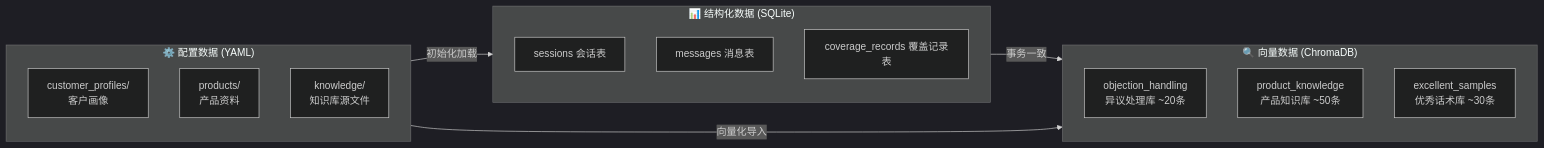
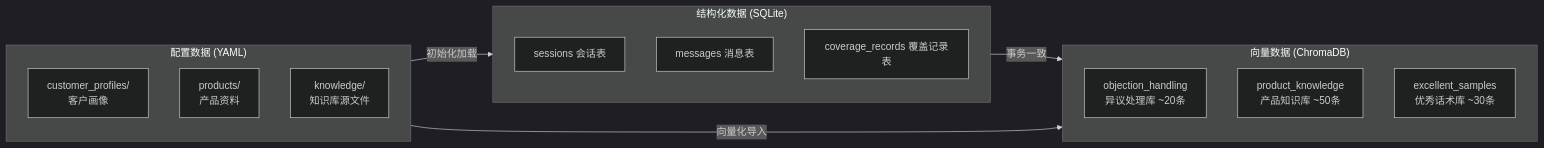
The fifth of 15 diagrams in README.md (xt765/UMU-Sales-Trainer), drawn with Mermaid (dark theme) before and after one commit. The commit also changed other lines of this file and 3 other files, not shown here.

Commit message:
docs: 修复技术栈全景图布局 - 子图垂直堆叠 + 去除emoji

````diff
--- a/README.md
+++ b/README.md
@@ -276,24 +276,24 @@
 ```mermaid
 flowchart LR
-    subgraph Structured["📊 结构化数据 (SQLite)"]
+    subgraph Structured["结构化数据 (SQLite)"]
         S1[sessions 会话表]
         S2[messages 消息表]
         S3[coverage_records 覆盖记录表]
     end
     
-    subgraph Vectorized["🔍 向量数据 (ChromaDB)"]
+    subgraph Vectorized["向量数据 (ChromaDB)"]
         V1[objection_handling<br>异议处理库 ~20条]
         V2[product_knowledge<br>产品知识库 ~50条]
         V3[excellent_samples<br>优秀话术库 ~30条]
     end
     
-    subgraph Config["⚙️ 配置数据 (YAML)"]
+    subgraph Config["配置数据 (YAML)"]
         C1[customer_profiles/<br>客户画像]
         C2[products/<br>产品资料]
         C3[knowledge/<br>知识库源文件]
     end
     
     Structured -- "事务一致" --> Vectorized
     Config -- "初始化加载" --> Structured
     Config -- "向量化导入" --> Vectorized
 ```
````
